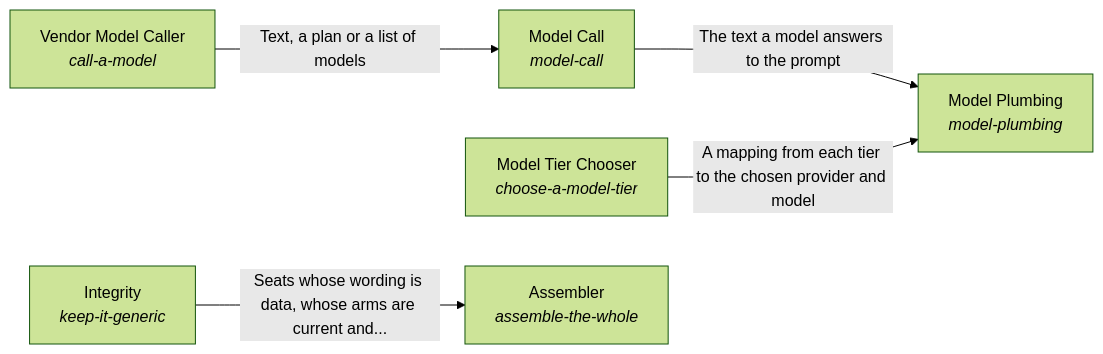
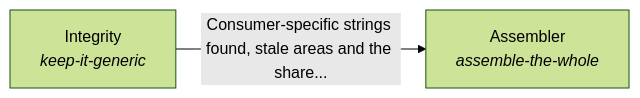
Before and after one commit to SpiritualData/ai-hub-of-hubs-structure: the diagram in hubofhubs/the_self/README.md, drawn with Mermaid (forest theme). The commit also changed other lines of this file and 56 other files, not shown here.

First line of the commit message:
Records for the approved hierarchy: five containers, role-scoped solutions, the paragraphs match the flow code

````diff
--- a/hubofhubs/the_self/README.md
+++ b/hubofhubs/the_self/README.md
@@ -17,13 +17,6 @@
 ```mermaid
 flowchart LR
-    s0["Model Call<br/><i>model-call</i>"]
-    s1["Vendor Model Caller<br/><i>call-a-model</i>"]
-    s2["Model Tier Chooser<br/><i>choose-a-model-tier</i>"]
-    s3["Assembler<br/><i>assemble-the-whole</i>"]
-    s4["Integrity<br/><i>keep-it-generic</i>"]
-    s5["Model Plumbing<br/><i>model-plumbing</i>"]
-    s0 -->|"The text a model answers to the prompt"| s5
-    s1 -->|"Text, a plan or a list of models"| s0
-    s2 -->|"A mapping from each tier to the chosen provider and model"| s5
-    s4 -->|"Seats whose wording is data, whose arms are current and..."| s3
+    s0["Assembler<br/><i>assemble-the-whole</i>"]
+    s1["Integrity<br/><i>keep-it-generic</i>"]
+    s1 -->|"Consumer-specific strings found, stale areas and the share..."| s0
 ```
````
